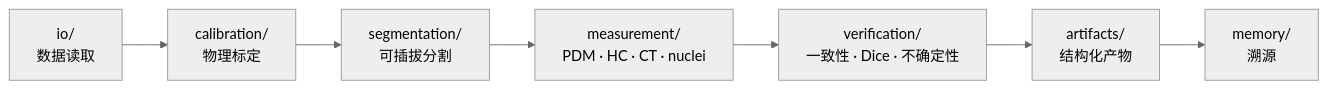
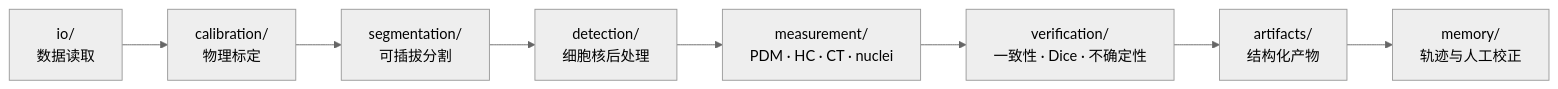
Before and after one commit to zhentai-sn/open-glaux: the second of 2 diagrams in docs/architecture.zh-CN.md, drawn with Mermaid (neutral theme). The commit also changed other lines of this file, not shown here.

First line of the commit message:
docs(architecture): 按现状重写仓库骨架总览

````diff
--- a/docs/architecture.zh-CN.md
+++ b/docs/architecture.zh-CN.md
@@ -157,9 +192,10 @@
 ```mermaid
 graph LR
     IO["io/<br/>数据读取"] --> CAL["calibration/<br/>物理标定"]
     CAL --> SEG["segmentation/<br/>可插拔分割"]
-    SEG --> MEA["measurement/<br/>PDM · HC · CT · nuclei"]
+    SEG --> DET["detection/<br/>细胞核后处理"]
+    DET --> MEA["measurement/<br/>PDM · HC · CT · nuclei"]
     MEA --> VER["verification/<br/>一致性 · Dice · 不确定性"]
     VER --> ART["artifacts/<br/>结构化产物"]
-    ART --> MEM["memory/<br/>溯源"]
+    ART --> MEM["memory/<br/>轨迹与人工校正"]
 ```
````
